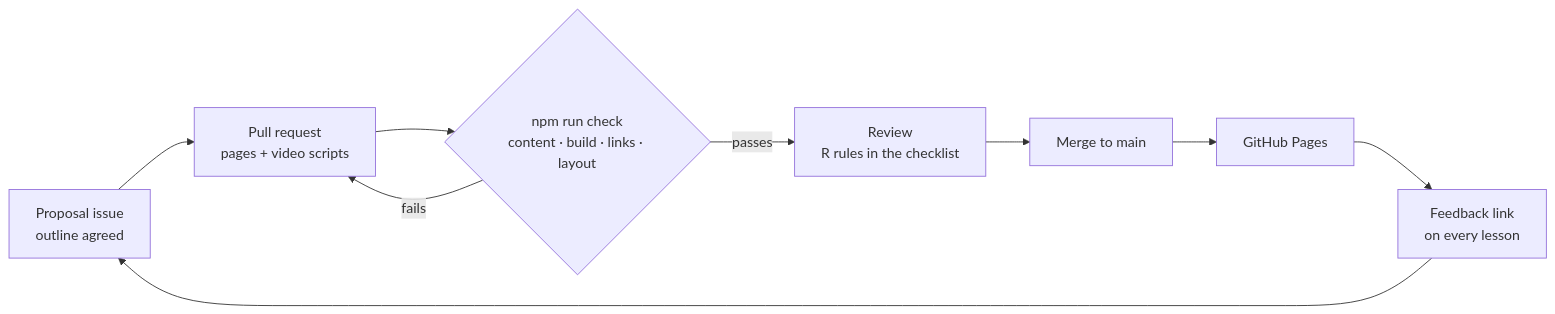
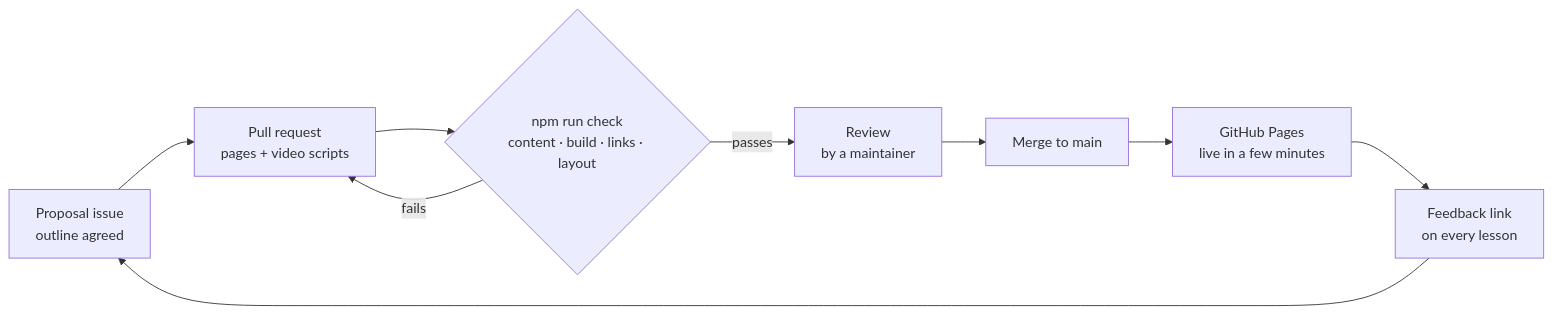
The second of 2 diagrams in README.md (johnsonnoronathan/demo), drawn with Mermaid before and after one commit. The commit also changed other lines of this file and 1 other file, not shown here.

````diff
--- a/README.md
+++ b/README.md
@@ -36,11 +40,11 @@
 ```mermaid
 flowchart LR
   P["Proposal issue<br/>outline agreed"] --> PR["Pull request<br/>pages + video scripts"]
   PR --> C{"npm run check<br/>content · build · links · layout"}
   C -- fails --> PR
-  C -- passes --> RV["Review<br/>R rules in the checklist"]
+  C -- passes --> RV["Review<br/>by a maintainer"]
   RV --> MG[Merge to main]
-  MG --> GP[GitHub Pages]
+  MG --> GP["GitHub Pages<br/>live in a few minutes"]
   GP --> F["Feedback link<br/>on every lesson"]
   F --> P
 ```
````
